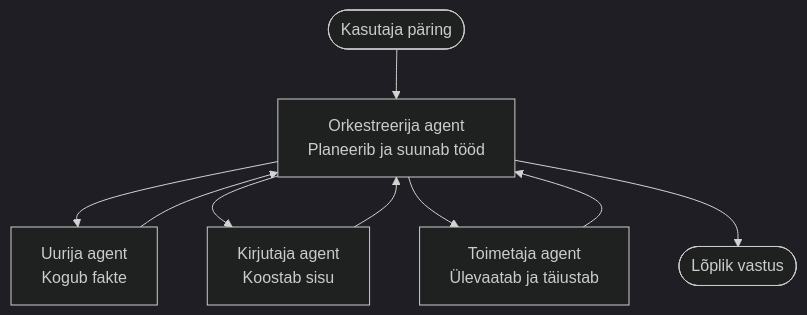
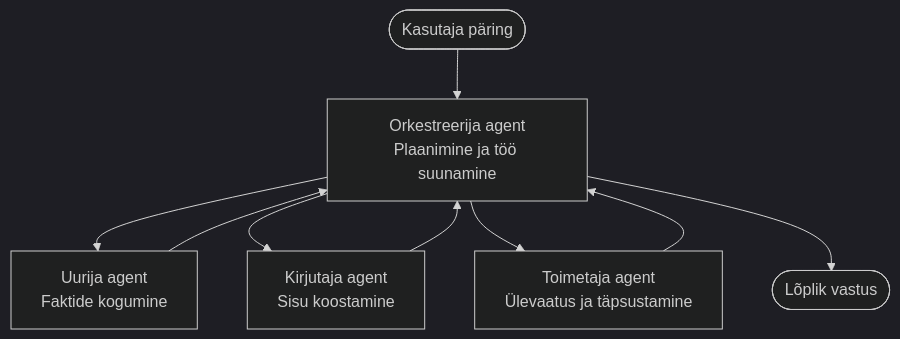
The diagram in translations/et/docs/chapter-05-multi-agent/multi-agent-basics.md (microsoft/AZD-for-beginners), drawn with Mermaid (dark theme) before and after one commit. The commit also changed other lines of this file and 61 other files, not shown here.

````diff
--- a/translations/et/docs/chapter-05-multi-agent/multi-agent-basics.md
+++ b/translations/et/docs/chapter-05-multi-agent/multi-agent-basics.md
@@ -43,11 +43,11 @@
 ```mermaid
 graph TD
-    User([Kasutaja päring]) --> Orchestrator[Orkestreerija agent<br/>Planeerib ja suunab tööd]
-    Orchestrator --> Researcher[Uurija agent<br/>Kogub fakte]
-    Orchestrator --> Writer[Kirjutaja agent<br/>Koostab sisu]
-    Orchestrator --> Editor[Toimetaja agent<br/>Ülevaatab ja täiustab]
+    User([Kasutaja päring]) --> Orchestrator[Orkestreerija agent<br/>Plaanimine ja töö suunamine]
+    Orchestrator --> Researcher[Uurija agent<br/>Faktide kogumine]
+    Orchestrator --> Writer[Kirjutaja agent<br/>Sisu koostamine]
+    Orchestrator --> Editor[Toimetaja agent<br/>Ülevaatus ja täpsustamine]
     Researcher --> Orchestrator
     Writer --> Orchestrator
     Editor --> Orchestrator
     Orchestrator --> Result([Lõplik vastus])
 ```
````
